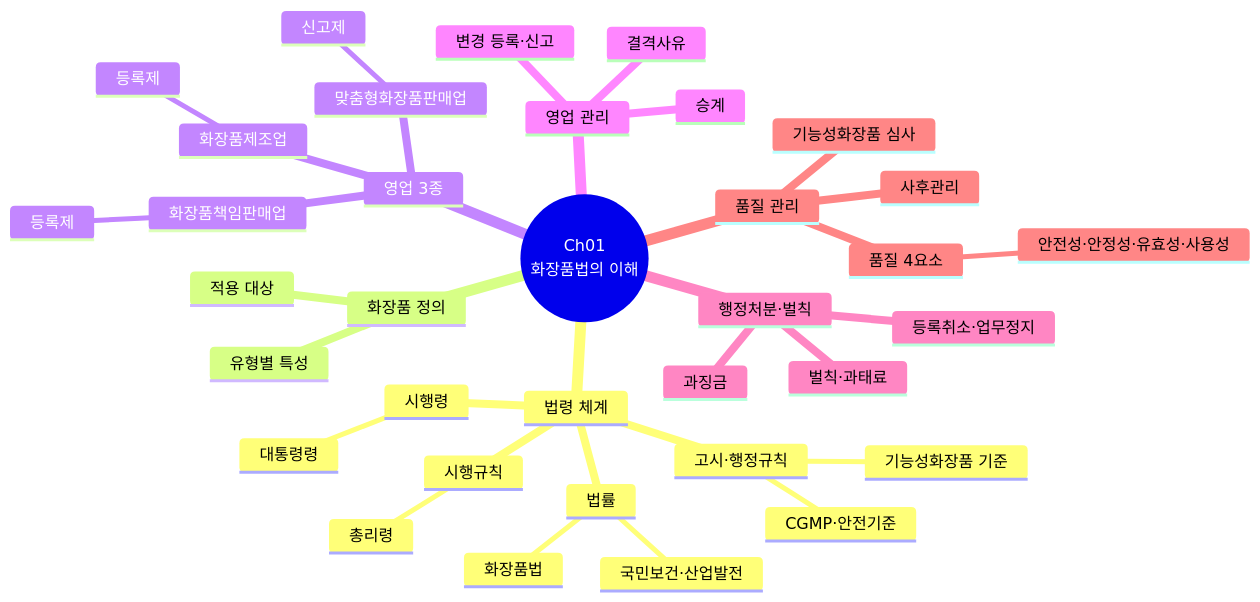
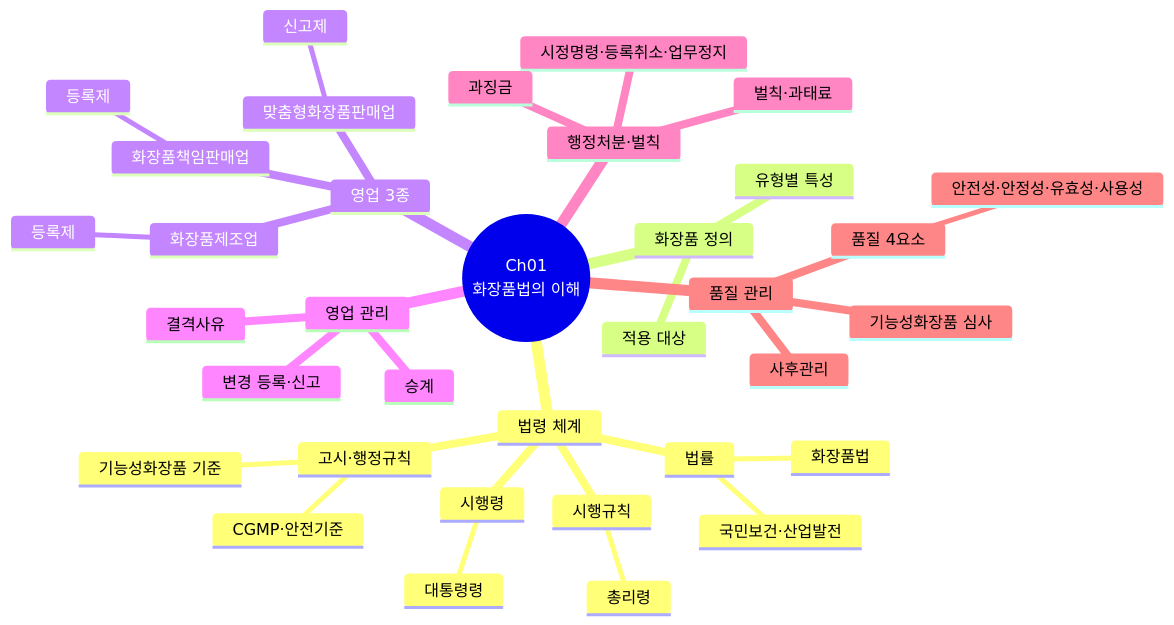
One commit to skygoldlee-cyber/Personalized_Skincare changed the fourth of 10 diagrams in content/교재/law/1과목_화장품법의이해_이야기형.md. Above: the diagram before and after it, drawn with Mermaid. The commit also changed other lines of this file and 8 other files, not shown here.

````diff
--- a/content/교재/law/1과목_화장품법의이해_이야기형.md
+++ b/content/교재/law/1과목_화장품법의이해_이야기형.md
@@ -352,38 +352,38 @@
 ```mermaid
 mindmap
  root((Ch01<br/>화장품법의 이해))
   법령 체계
    법률
     화장품법
     국민보건·산업발전
    시행령
     대통령령
    시행규칙
     총리령
    고시·행정규칙
     기능성화장품 기준
     CGMP·안전기준
   화장품 정의
    적용 대상
    유형별 특성
   영업 3종
    화장품제조업
     등록제
    화장품책임판매업
     등록제
    맞춤형화장품판매업
     신고제
   영업 관리
    결격사유
    변경 등록·신고
    승계
   행정처분·벌칙
-   등록취소·업무정지
+   시정명령·등록취소·업무정지
    과징금
    벌칙·과태료
   품질 관리
    품질 4요소
     안전성·안정성·유효성·사용성
    기능성화장품 심사
    사후관리
 ```
````
